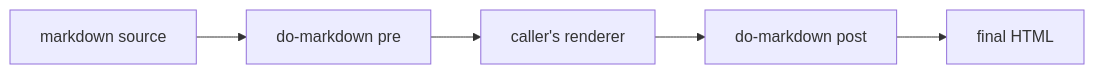
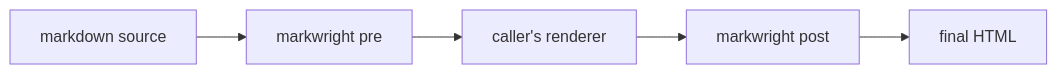
One commit to MasonEgger/markwright changed the first of 2 diagrams in spec.md. Above: the diagram before and after it, drawn with Mermaid. The commit also changed other lines of this file and 43 other files, not shown here.

First line of the commit message:
Rename project from do-markdown to markwright (#4)

````diff
--- a/spec.md
+++ b/spec.md
@@ -46,7 +46,7 @@
 ```mermaid
 flowchart LR
-    A[markdown source] --> B[do-markdown pre]
+    A[markdown source] --> B[markwright pre]
     B --> C[caller's renderer]
-    C --> D[do-markdown post]
+    C --> D[markwright post]
     D --> E[final HTML]
 ```
````
